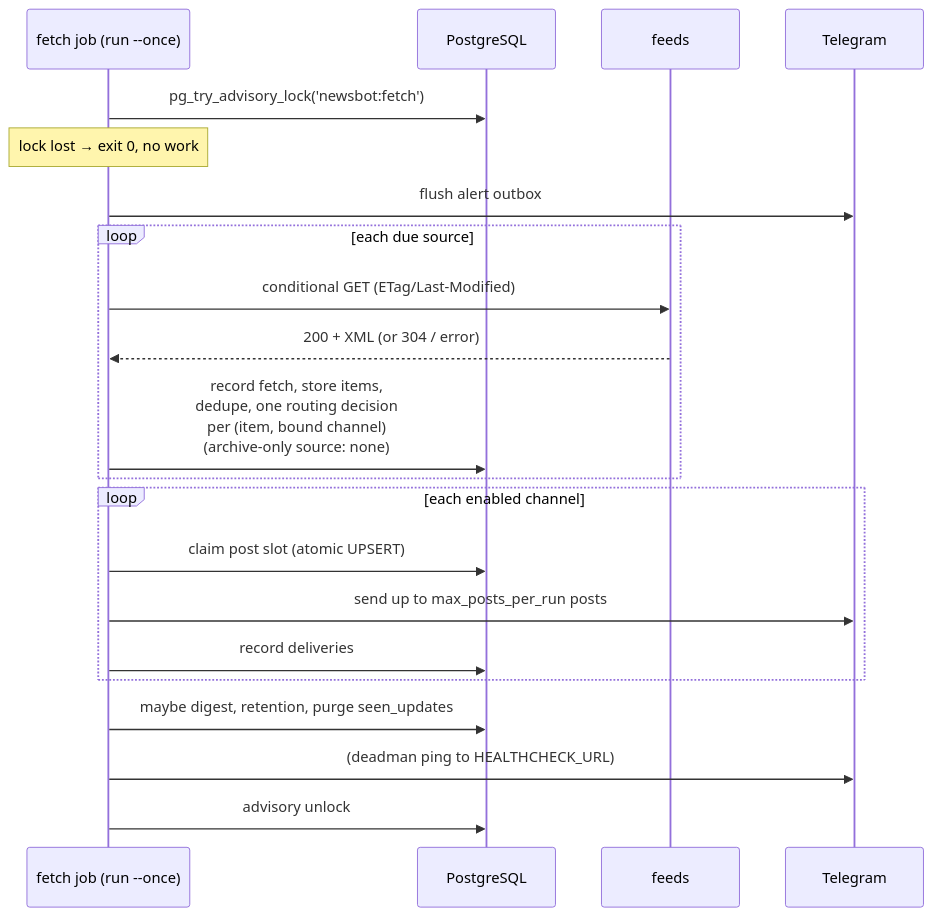
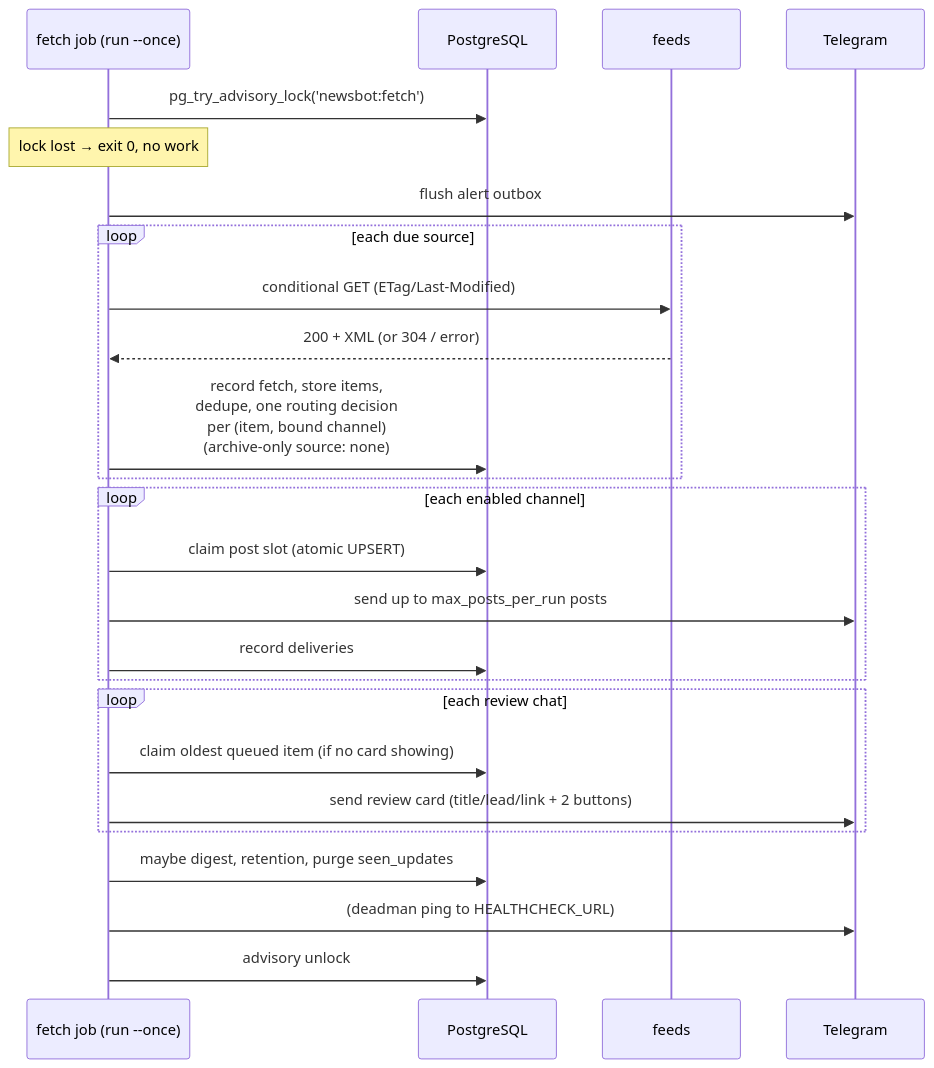
One commit to yeshdmits/news-tg-bot changed the second of 3 diagrams in docs/architecture.md. Above: the diagram before and after it, drawn with Mermaid. The commit also changed other lines of this file and 26 other files, not shown here.

````diff
--- a/docs/architecture.md
+++ b/docs/architecture.md
@@ -44,24 +44,28 @@
 ```mermaid
 sequenceDiagram
     participant J as fetch job (run --once)
     participant PG as PostgreSQL
     participant F as feeds
     participant T as Telegram
 
     J->>PG: pg_try_advisory_lock('newsbot:fetch')
     Note over J: lock lost → exit 0, no work
     J->>T: flush alert outbox
     loop each due source
         J->>F: conditional GET (ETag/Last-Modified)
         F-->>J: 200 + XML (or 304 / error)
         J->>PG: record fetch, store items,<br/>dedupe, one routing decision<br/>per (item, bound channel)<br/>(archive-only source: none)
     end
     loop each enabled channel
         J->>PG: claim post slot (atomic UPSERT)
         J->>T: send up to max_posts_per_run posts
         J->>PG: record deliveries
     end
+    loop each review chat
+        J->>PG: claim oldest queued item (if no card showing)
+        J->>T: send review card (title/lead/link + 2 buttons)
+    end
     J->>PG: maybe digest, retention, purge seen_updates
     J->>T: (deadman ping to HEALTHCHECK_URL)
     J->>PG: advisory unlock
 ```
````
